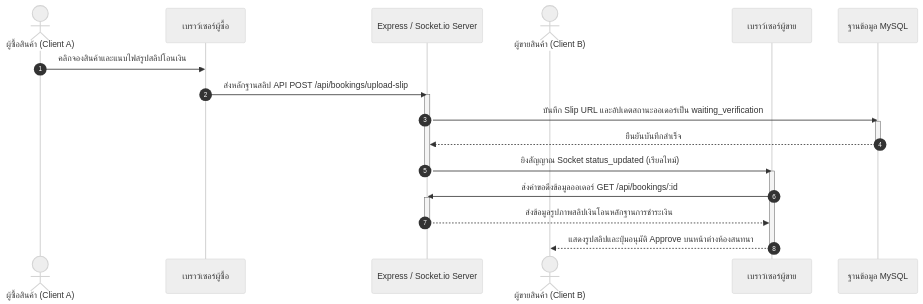
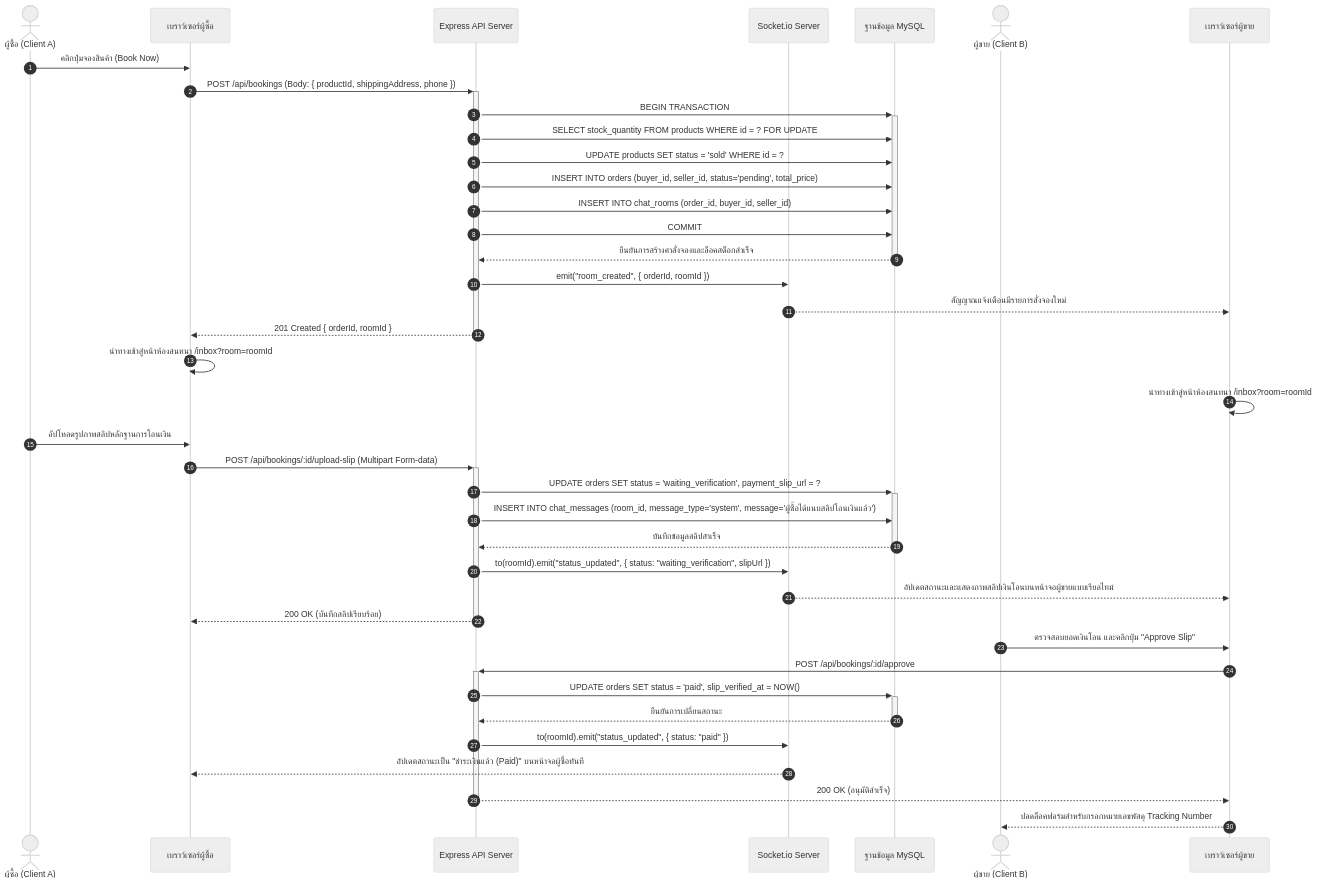
Diagram 11 of 11 in KnowledgeBase/07_document/Chapter3_Methodology.md (mumjean172004-jpg/pc_builder), drawn with Mermaid (neutral theme) before and after one commit. The commit also changed other lines of this file and 56 other files, not shown here.

First line of the commit message:
Migrate to product-centric architecture; rebuild builder/sell-product flows; fix escrow payment and admin moderation gaps

````diff
--- a/KnowledgeBase/07_document/Chapter3_Methodology.md
+++ b/KnowledgeBase/07_document/Chapter3_Methodology.md
@@ -418,27 +774,50 @@
 ```mermaid
 sequenceDiagram
     autonumber
-    actor Buyer as ผู้ซื้อสินค้า (Client A)
+    actor Buyer as ผู้ซื้อ (Client A)
     participant BrowserA as เบราว์เซอร์ผู้ซื้อ
-    participant Server as Express / Socket.io Server
-    actor Seller as ผู้ขายสินค้า (Client B)
+    participant Server as Express API Server
+    participant Socket as Socket.io Server
+    participant DB as ฐานข้อมูล MySQL
+    actor Seller as ผู้ขาย (Client B)
     participant BrowserB as เบราว์เซอร์ผู้ขาย
-    participant DB as ฐานข้อมูล MySQL
 
-    Buyer->>BrowserA: คลิกจองสินค้าและแนบไฟล์รูปสลิปโอนเงิน
-    BrowserA->>Server: ส่งหลักฐานสลิป API POST /api/bookings/upload-slip
-    activate Server
-    Server->>DB: บันทึก Slip URL และอัปเดตสถานะออเดอร์เป็น waiting_verification
-    activate DB
-    DB-->>Server: ยืนยันบันทึกสำเร็จ
-    deactivate DB
-    Server->>BrowserB: ยิงสัญญาณ Socket status_updated (เรียลไทม์)
-    deactivate Server
-    activate BrowserB
-    BrowserB->>Server: ส่งคำขอดึงข้อมูลออเดอร์ GET /api/bookings/:id
-    activate Server
-    Server-->>BrowserB: ส่งข้อมูลรูปภาพสลิปเงินโอนหลักฐานการชำระเงิน
-    deactivate Server
-    BrowserB-->>Seller: แสดงรูปสลิปและปุ่มอนุมัติ Approve บนหน้าต่างห้องสนทนา
-    deactivate BrowserB
+    Buyer->>BrowserA: คลิกปุ่มจองสินค้า (Book Now)
+    BrowserA->>+Server: POST /api/bookings (Body: { productId, shippingAddress, phone })
+    
+    Server->>+DB: BEGIN TRANSACTION
+    Server->>DB: SELECT stock_quantity FROM products WHERE id = ? FOR UPDATE
+    Server->>DB: UPDATE products SET status = 'sold' WHERE id = ?
+    Server->>DB: INSERT INTO orders (buyer_id, seller_id, status='pending', total_price)
+    Server->>DB: INSERT INTO chat_rooms (order_id, buyer_id, seller_id)
+    Server->>DB: COMMIT
+    DB-->>-Server: ยืนยันการสร้างคำสั่งจองและล็อคสต็อกสำเร็จ
+    
+    Server->>Socket: emit("room_created", { orderId, roomId })
+    Socket-->>BrowserB: สัญญาณแจ้งเตือนมีรายการสั่งจองใหม่
+    Server-->>-BrowserA: 201 Created { orderId, roomId }
+    
+    BrowserA->>BrowserA: นำทางเข้าสู่หน้าห้องสนทนา /inbox?room=roomId
+    BrowserB->>BrowserB: นำทางเข้าสู่หน้าห้องสนทนา /inbox?room=roomId
+    
+    Buyer->>BrowserA: อัปโหลดรูปภาพสลิปหลักฐานการโอนเงิน
+    BrowserA->>+Server: POST /api/bookings/:id/upload-slip (Multipart Form-data)
+    Server->>+DB: UPDATE orders SET status = 'waiting_verification', payment_slip_url = ?
+    Server->>DB: INSERT INTO chat_messages (room_id, message_type='system', message='ผู้ซื้อได้แนบสลิปโอนเงินแล้ว')
+    DB-->>-Server: บันทึกข้อมูลสลิปสำเร็จ
+    
+    Server->>Socket: to(roomId).emit("status_updated", { status: "waiting_verification", slipUrl })
+    Socket-->>BrowserB: อัปเดตสถานะและแสดงภาพสลิปเงินโอนบนหน้าจอผู้ขายแบบเรียลไทม์
+    Server-->>-BrowserA: 200 OK (บันทึกสลิปเรียบร้อย)
+    
+    Seller->>BrowserB: ตรวจสอบยอดเงินโอน และคลิกปุ่ม "Approve Slip"
+    BrowserB->>+Server: POST /api/bookings/:id/approve
+    Server->>+DB: UPDATE orders SET status = 'paid', slip_verified_at = NOW()
+    DB-->>-Server: ยืนยันการเปลี่ยนสถานะ
+    
+    Server->>Socket: to(roomId).emit("status_updated", { status: "paid" })
+    Socket-->>BrowserA: อัปเดตสถานะเป็น "ชำระเงินแล้ว (Paid)" บนหน้าจอผู้ซื้อทันที
+    Server-->>-BrowserB: 200 OK (อนุมัติสำเร็จ)
+    
+    BrowserB-->>Seller: ปลดล็อคฟอร์มสำหรับกรอกหมายเลขพัสดุ Tracking Number
 ```
````
